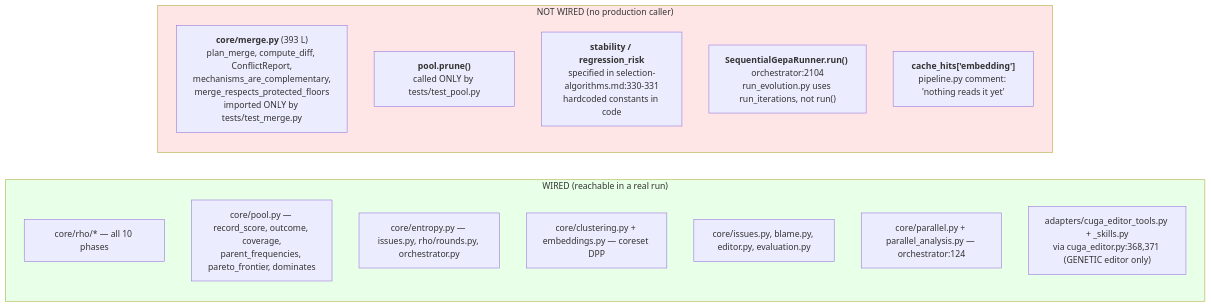
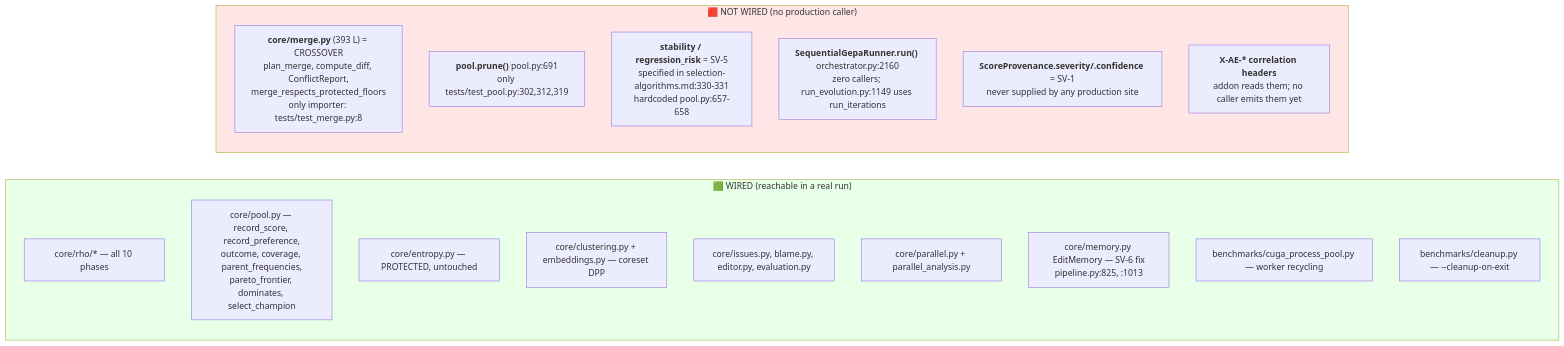
One commit to one-little-step/AgentEvolve changed the sixth of 10 diagrams in docs/architecture/IMPLEMENTED-PIPELINE-MAP.md. Above: the diagram before and after it, drawn with Mermaid. The commit also changed other lines of this file and 29 other files, not shown here.

````diff
--- a/docs/architecture/IMPLEMENTED-PIPELINE-MAP.md
+++ b/docs/architecture/IMPLEMENTED-PIPELINE-MAP.md
@@ -198,23 +262,26 @@
 ```mermaid
 flowchart LR
-    subgraph WIRED["WIRED (reachable in a real run)"]
+    subgraph WIRED["🟩 WIRED (reachable in a real run)"]
       W1["core/rho/* — all 10 phases"]
-      W2["core/pool.py — record_score, outcome, coverage,<br/>parent_frequencies, pareto_frontier, dominates"]
-      W3["core/entropy.py — issues.py, rho/rounds.py, orchestrator.py"]
+      W2["core/pool.py — record_score, record_preference,<br/>outcome, coverage, parent_frequencies,<br/>pareto_frontier, dominates, select_champion"]
+      W3["core/entropy.py — PROTECTED, untouched"]
       W4["core/clustering.py + embeddings.py — coreset DPP"]
       W5["core/issues.py, blame.py, editor.py, evaluation.py"]
-      W6["core/parallel.py + parallel_analysis.py — orchestrator:124"]
-      W7["adapters/cuga_editor_tools.py + _skills.py<br/>via cuga_editor.py:368,371 (GENETIC editor only)"]
+      W6["core/parallel.py + parallel_analysis.py"]
+      W7["core/memory.py EditMemory — SV-6 fix<br/>pipeline.py:825, :1013"]
+      W8["benchmarks/cuga_process_pool.py — worker recycling"]
+      W9["benchmarks/cleanup.py — --cleanup-on-exit"]
     end
 
-    subgraph DEAD["NOT WIRED (no production caller)"]
-      D1["<b>core/merge.py</b> (393 L)<br/>plan_merge, compute_diff, ConflictReport,<br/>mechanisms_are_complementary,<br/>merge_respects_protected_floors<br/>imported ONLY by tests/test_merge.py"]
-      D2["<b>pool.prune()</b><br/>called ONLY by tests/test_pool.py"]
-      D3["<b>stability / regression_risk</b><br/>specified in selection-algorithms.md:330-331<br/>hardcoded constants in code"]
-      D4["<b>SequentialGepaRunner.run()</b> orchestrator:2104<br/>run_evolution.py uses run_iterations, not run()"]
-      D5["<b>cache_hits['embedding']</b><br/>pipeline.py comment: 'nothing reads it yet'"]
+    subgraph DEAD["🟥 NOT WIRED (no production caller)"]
+      D1["<b>core/merge.py</b> (393 L) = CROSSOVER<br/>plan_merge, compute_diff, ConflictReport,<br/>merge_respects_protected_floors<br/>only importer: tests/test_merge.py:8"]
+      D2["<b>pool.prune()</b> pool.py:691<br/>only tests/test_pool.py:302,312,319"]
+      D3["<b>stability / regression_risk</b> = SV-5<br/>specified in selection-algorithms.md:330-331<br/>hardcoded pool.py:657-658"]
+      D4["<b>SequentialGepaRunner.run()</b> orchestrator.py:2160<br/>zero callers; run_evolution.py:1149 uses run_iterations"]
+      D5["<b>ScoreProvenance.severity/.confidence</b> = SV-1<br/>never supplied by any production site"]
+      D6["<b>X-AE-* correlation headers</b><br/>addon reads them; no caller emits them yet"]
     end
 
     style DEAD fill:#ffe6e6
     style WIRED fill:#e8ffe8
 ```
````
